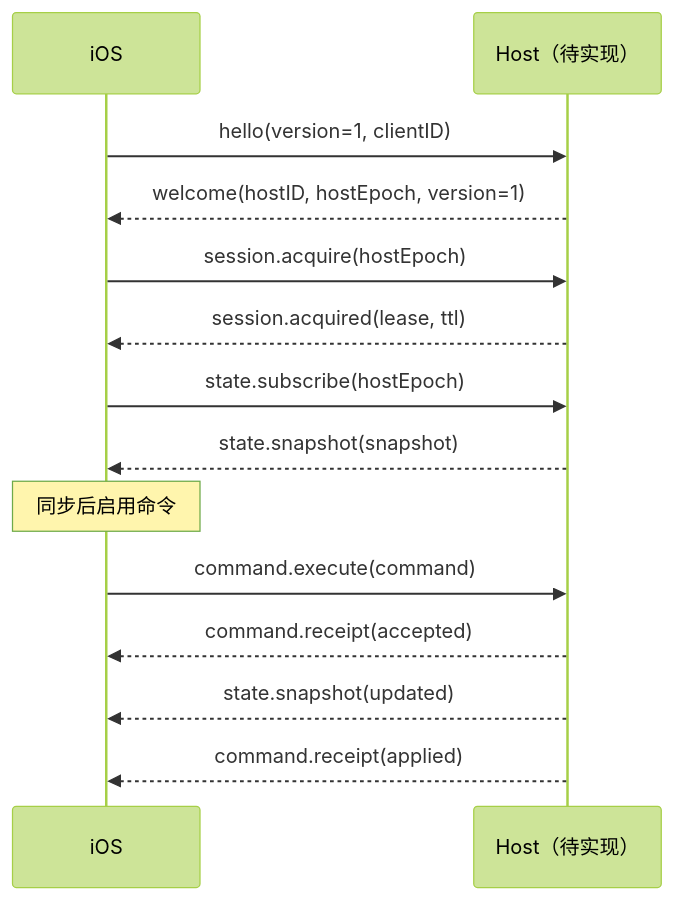
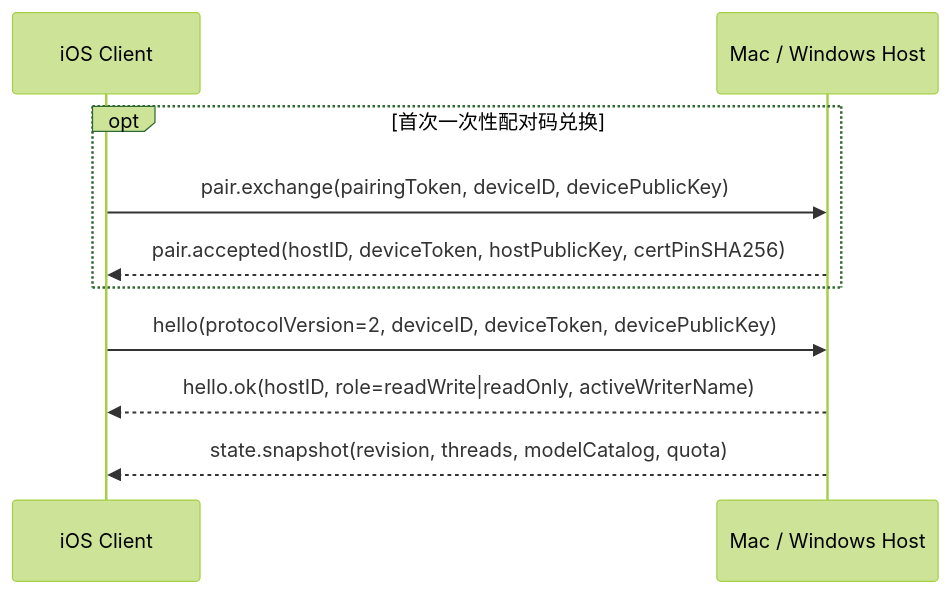
The diagram in apps/ios/PROTOCOL.md (gantrol/codex-micro-monitor), drawn with Mermaid (forest theme) before and after one commit. The commit also changed other lines of this file and 15 other files, not shown here.

Commit message:
feat(ios): update iOS client to protocol v2 with multi-host, task lists, and thread details

````diff
--- a/apps/ios/PROTOCOL.md
+++ b/apps/ios/PROTOCOL.md
@@ -9,16 +17,12 @@
 ```mermaid
 sequenceDiagram
-    participant Phone as iOS
-    participant Host as Host（待实现）
-    Phone->>Host: hello(version=1, clientID)
-    Host-->>Phone: welcome(hostID, hostEpoch, version=1)
-    Phone->>Host: session.acquire(hostEpoch)
-    Host-->>Phone: session.acquired(lease, ttl)
-    Phone->>Host: state.subscribe(hostEpoch)
-    Host-->>Phone: state.snapshot(snapshot)
-    Note over Phone: 同步后启用命令
-    Phone->>Host: command.execute(command)
-    Host-->>Phone: command.receipt(accepted)
-    Host-->>Phone: state.snapshot(updated)
-    Host-->>Phone: command.receipt(applied)
+    participant Phone as iOS Client
+    participant Host as Mac / Windows Host
+    opt 首次一次性配对码兑换
+        Phone->>Host: pair.exchange(pairingToken, deviceID, devicePublicKey)
+        Host-->>Phone: pair.accepted(hostID, deviceToken, hostPublicKey, certPinSHA256)
+    end
+    Phone->>Host: hello(protocolVersion=2, deviceID, deviceToken, devicePublicKey)
+    Host-->>Phone: hello.ok(hostID, role=readWrite|readOnly, activeWriterName)
+    Host-->>Phone: state.snapshot(revision, threads, modelCatalog, quota)
 ```
````
